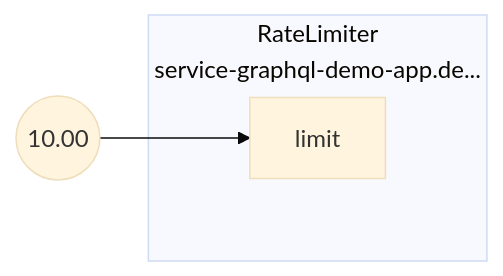
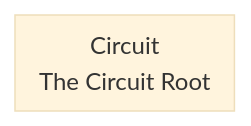
Before and after one commit to dataongunlaws/aperture: the diagram in docs/content/tutorials/integrations/flow-control/classification/assets/graphql-rate-limiting/graphql-rate-limiting-jwt.mmd, drawn with Mermaid (base theme). The commit also changed 59 other files, not shown here.

First line of the commit message:
add flowcontrolresources and add deprecation tooling (#1632)

```diff
--- a/docs/content/tutorials/integrations/flow-control/classification/assets/graphql-rate-limiting/graphql-rate-limiting-jwt.mmd
+++ b/docs/content/tutorials/integrations/flow-control/classification/assets/graphql-rate-limiting/graphql-rate-limiting-jwt.mmd
@@ -1,9 +1,3 @@
 flowchart LR
-FakeConstant0((10.00))
-FakeConstant0 --> root.0limit
-subgraph root.0[<center>RateLimiter<br/>service-graphql-demo-app.de...</center>]
-subgraph root.0_inports[ ]
-style root.0_inports fill:none,stroke:none
-root.0limit[limit]
+subgraph root[<center>Circuit<br/>The Circuit Root</center>]
 end
-end
```
